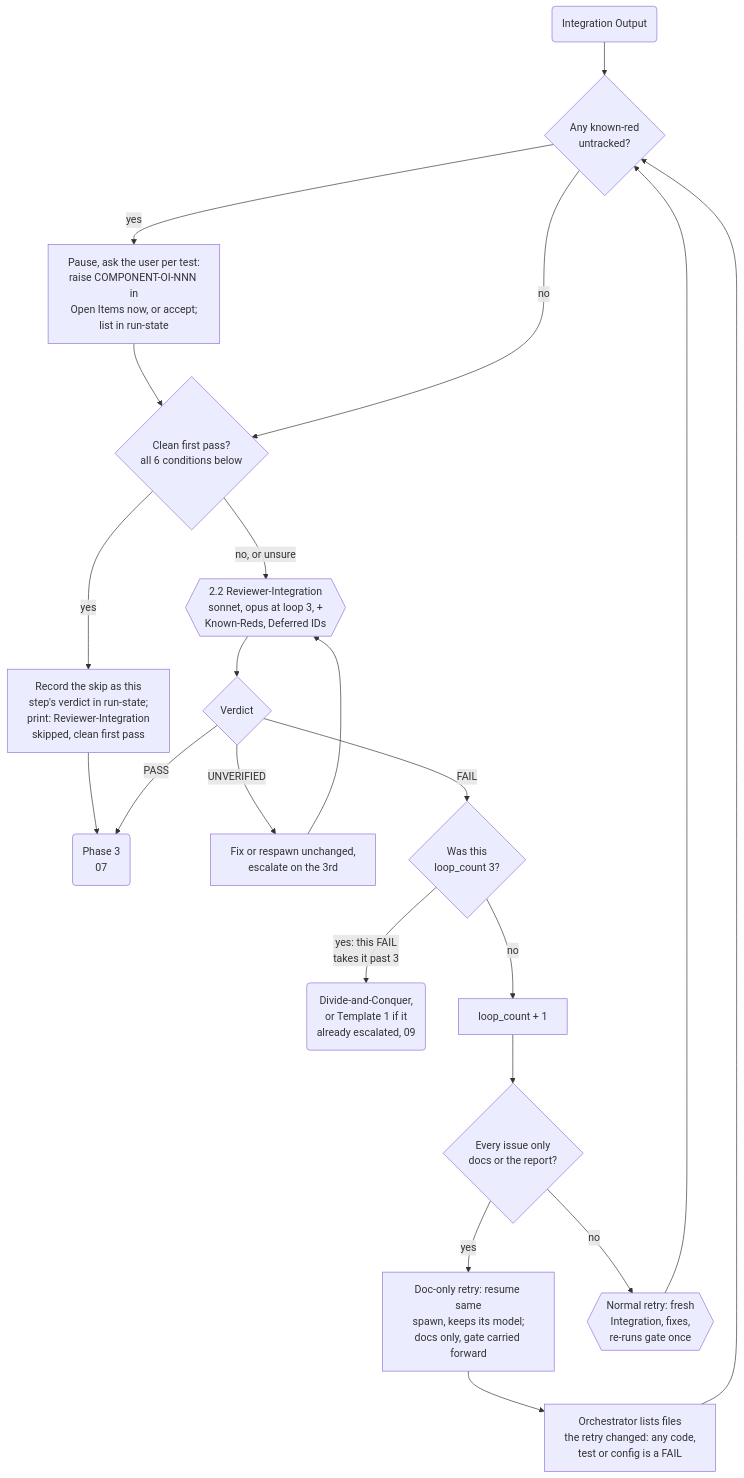
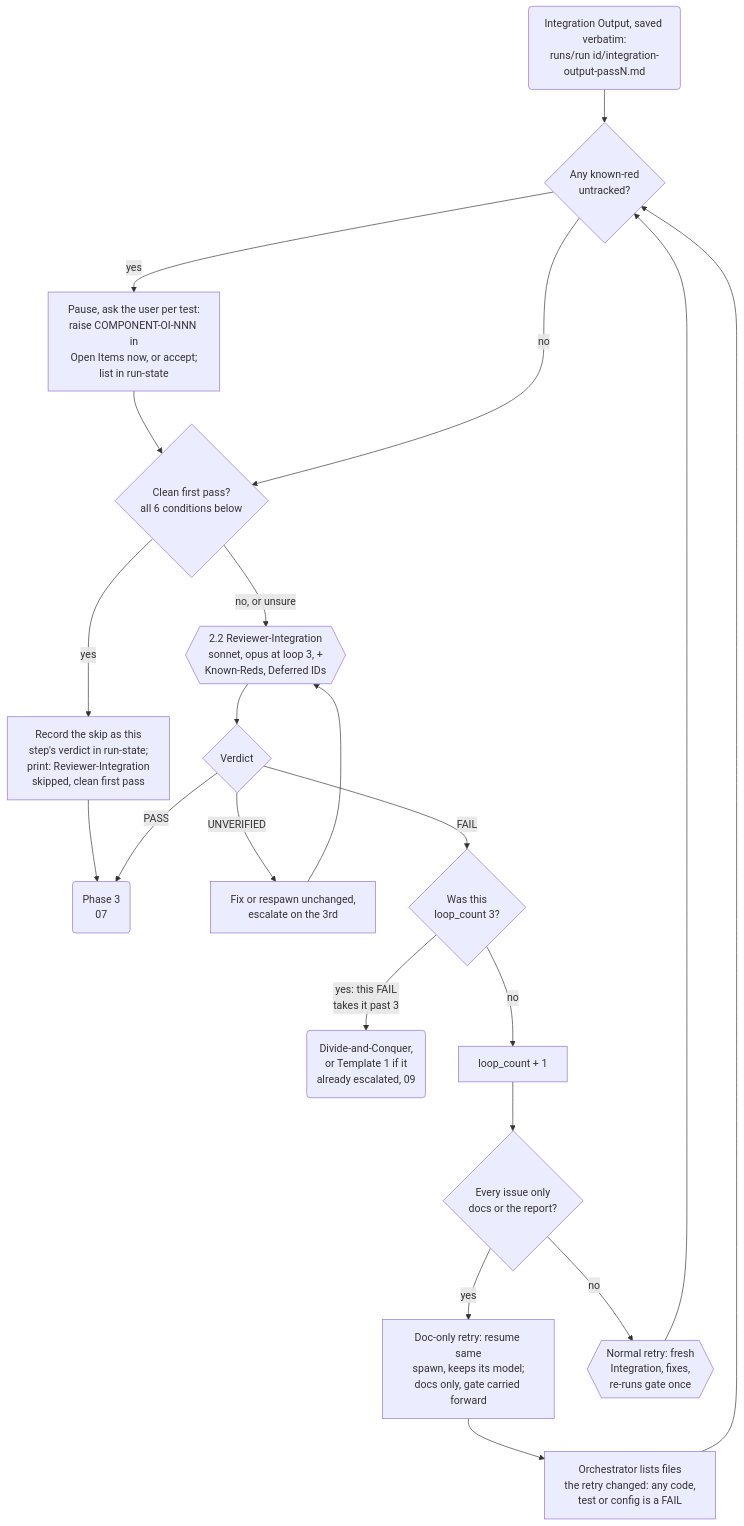
The third of 3 diagrams in skills/plugin-orchestrator-development-pattern/mermaid/06-phase2-integration.md (muhammedalikhan86/claude-stash), drawn with Mermaid before and after one commit. The commit also changed other lines of this file and 32 other files, not shown here.

````diff
--- a/skills/plugin-orchestrator-development-pattern/mermaid/06-phase2-integration.md
+++ b/skills/plugin-orchestrator-development-pattern/mermaid/06-phase2-integration.md
@@ -56,23 +56,23 @@
 ```mermaid
 flowchart TD
-    In("Integration Output") --> Untr{"Any known-red<br/>untracked?"}
+    In("Integration Output, saved verbatim:<br/>runs/run id/integration-<br/>output-passN.md") --> Untr{"Any known-red<br/>untracked?"}
     Untr -->|"yes"| AskU["Pause, ask the user per test:<br/>raise COMPONENT-OI-NNN in<br/>Open Items now, or accept;<br/>list in run-state"]
     AskU --> Clean
     Untr -->|"no"| Clean{"Clean first pass?<br/>all 6 conditions below"}
     Clean -->|"yes"| SkipRI["Record the skip as this<br/>step's verdict in run-state;<br/>print: Reviewer-Integration<br/>skipped, clean first pass"]
     Clean -->|"no, or unsure"| RI{{"2.2 Reviewer-Integration<br/>sonnet, opus at loop 3, +<br/>Known-Reds, Deferred IDs"}}
     SkipRI --> P3("Phase 3<br/>07")
     RI --> V{"Verdict"}
     V -->|"PASS"| P3
     V -->|"UNVERIFIED"| U["Fix or respawn unchanged,<br/>escalate on the 3rd"]
     U --> RI
     V -->|"FAIL"| At3{"Was this<br/>loop_count 3?"}
     At3 -->|"yes: this FAIL<br/>takes it past 3"| DnC("Divide-and-Conquer,<br/>or Template 1 if it<br/>already escalated, 09")
     At3 -->|"no"| Inc["loop_count + 1"]
     Inc --> Kind{"Every issue only<br/>docs or the report?"}
     Kind -->|"yes"| Doc["Doc-only retry: resume same<br/>spawn, keeps its model;<br/>docs only, gate carried forward"]
     Kind -->|"no"| Normal{{"Normal retry: fresh<br/>Integration, fixes,<br/>re-runs gate once"}}
     Doc --> Changed["Orchestrator lists files<br/>the retry changed: any code,<br/>test or config is a FAIL"]
     Changed --> Untr
     Normal --> Untr
 ```
````
